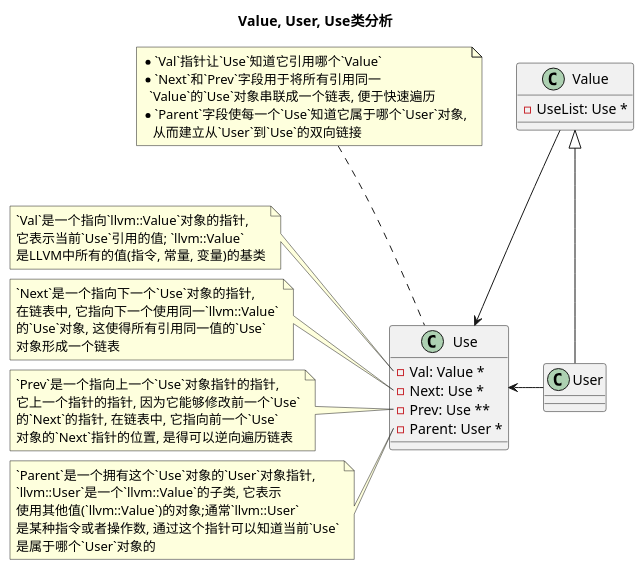
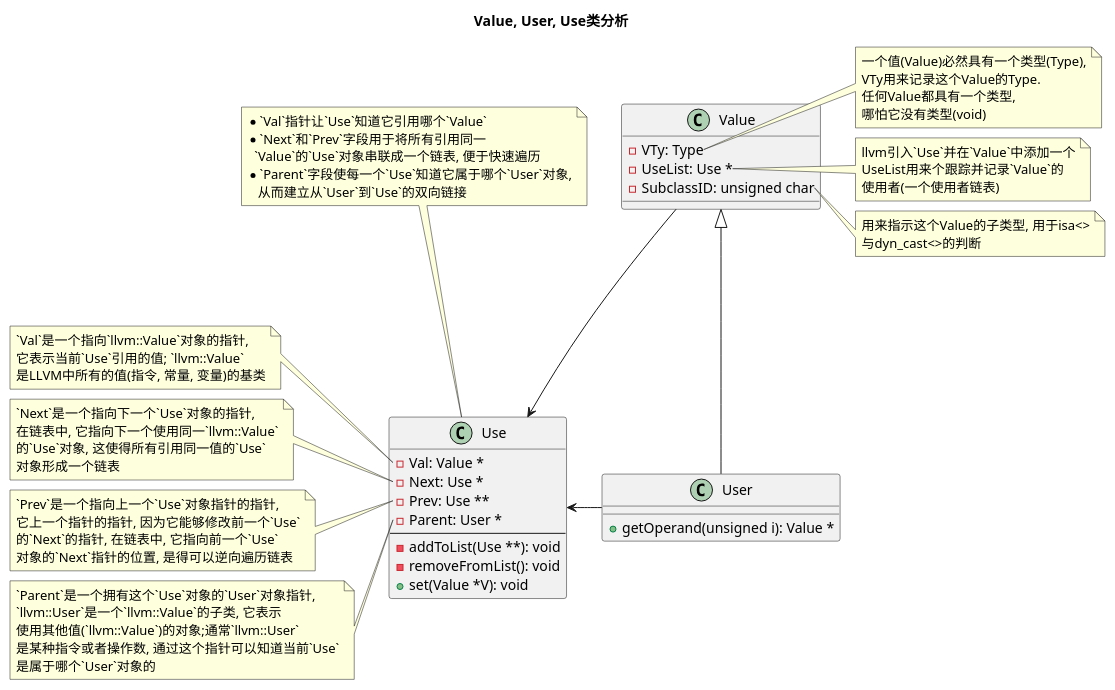
One commit to Jayson-du/ZPU_summary changed the diagram in chapter_3/plantuml/Value_class.wsd. Above: the diagram before and after it, drawn with PlantUML. The commit also changed 1 other file, not shown here.

Commit message:
build: 学习llvm.Value

```diff
--- a/chapter_3/plantuml/Value_class.wsd
+++ b/chapter_3/plantuml/Value_class.wsd
@@ -1,73 +1,96 @@
 @startuml
 
 title "Value, User, Use类分析"
 
 ' **********
 ' 类定义
 ' **********
 class Value {
+  - VTy: Type
   - UseList: Use *
+  - SubclassID: unsigned char
 }
+
+note right of Value::VTy
+  一个值(Value)必然具有一个类型(Type),
+  VTy用来记录这个Value的Type.
+  任何Value都具有一个类型,
+  哪怕它没有类型(void)
+end note
+
+note right of Value::UseList
+  llvm引入`Use`并在`Value`中添加一个
+  UseList用来个跟踪并记录`Value`的
+  使用者(一个使用者链表)
+end note
+
+note right of Value::SubclassID
+  用来指示这个Value的子类型, 用于isa<>
+  与dyn_cast<>的判断
+end note
 
 class Use {
   - Val: Value *
   - Next: Use *
   - Prev: Use **
   - Parent: User *
+  ----
+  - addToList(Use **): void
+  - removeFromList(): void
+  + set(Value *V): void
 }
 
 note left of Use::Val
   `Val`是一个指向`llvm::Value`对象的指针,
   它表示当前`Use`引用的值; `llvm::Value`
   是LLVM中所有的值(指令, 常量, 变量)的基类
 end note
 
 note left of Use::Next
   `Next`是一个指向下一个`Use`对象的指针,
   在链表中, 它指向下一个使用同一`llvm::Value`
   的`Use`对象, 这使得所有引用同一值的`Use`
   对象形成一个链表
 end note
 
 note left of Use::Prev
   `Prev`是一个指向上一个`Use`对象指针的指针,
   它上一个指针的指针, 因为它能够修改前一个`Use`
   的`Next`的指针, 在链表中, 它指向前一个`Use`
   对象的`Next`指针的位置, 是得可以逆向遍历链表
 end note
 
 note left of Use::Parent
   `Parent`是一个拥有这个`Use`对象的`User`对象指针,
   `llvm::User`是一个`llvm::Value`的子类, 它表示
   使用其他值(`llvm::Value`)的对象;通常`llvm::User`
   是某种指令或者操作数, 通过这个指针可以知道当前`Use`
   是属于哪个`User`对象的
 end note
 
 
-
 class User {
-
+  + getOperand(unsigned i): Value *
 }
 
 
 ' **********
 ' 类关系
 ' **********
 Value               <|--        User
 Value               -down->         Use
 User                -left->         Use
 
 
 ' **********
 ' 注释
 ' **********
 note "*`Val`指针让`Use`知道它引用哪个`Value`\n*`Next`和`Prev`字段用于将所有引用同一\n  `Value`的`Use`对象串联成一个链表, 便于快速遍历\n*`Parent`字段使每一个`Use`知道它属于哪个`User`对象,\n   从而建立从`User`到`Use`的双向链接" as note_val
 
 ' **********
 ' 注释关系
 ' **********
 note_val            ..*         Use
 
 
 @enduml
```
